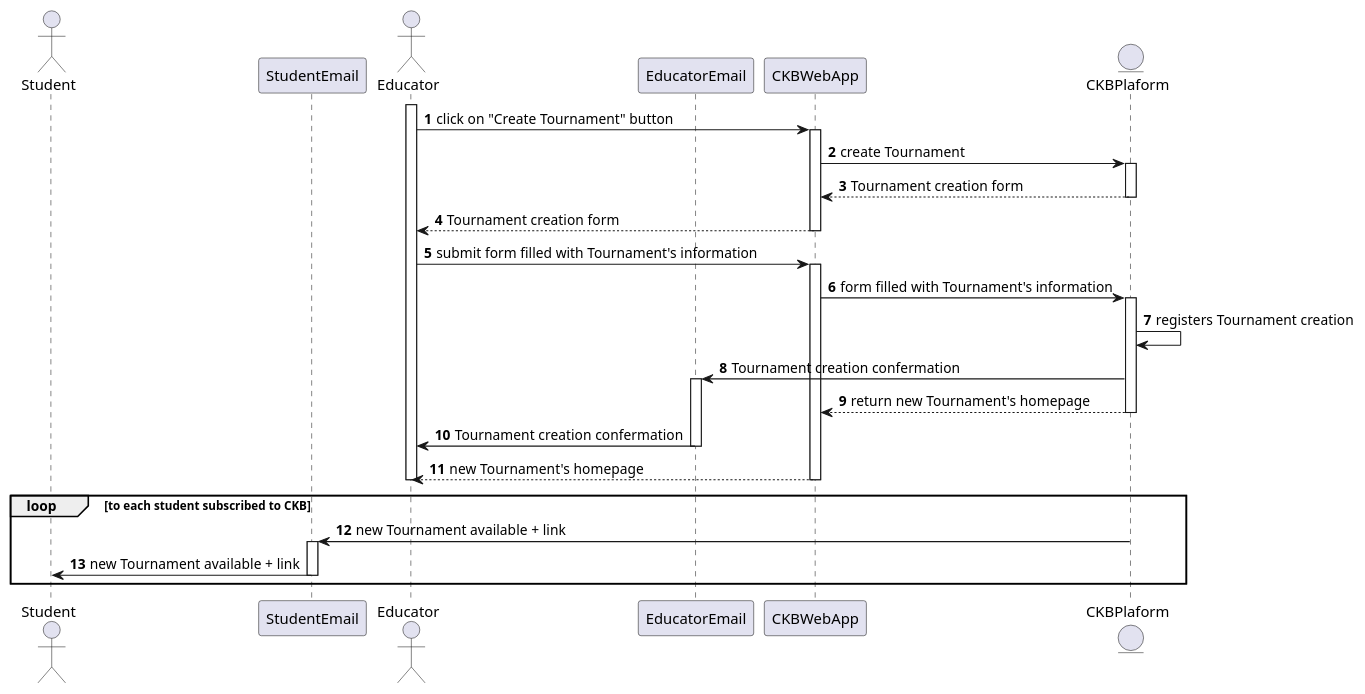
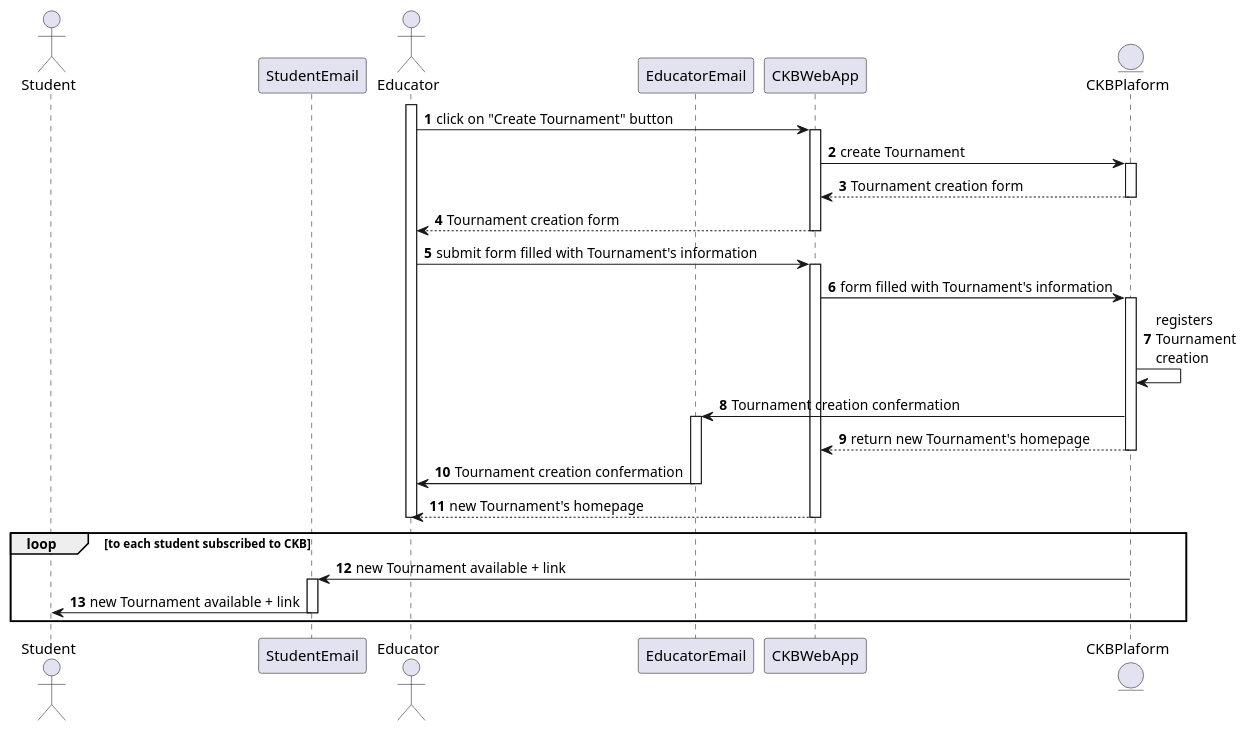
Before and after one commit to Angelo7672/SE2_Requirement-and-Design-Document: the diagram in _RASD/Images/UML/sequenceDiagram/sequenceDiagramUC5.wsd, drawn with PlantUML. The commit also changed 10 other files, not shown here.

```diff
--- a/_RASD/Images/UML/sequenceDiagram/sequenceDiagramUC5.wsd
+++ b/_RASD/Images/UML/sequenceDiagram/sequenceDiagramUC5.wsd
@@ -1,43 +1,43 @@
 @startuml
 
 autonumber
 
 actor Student
 participant StudentEmail
 actor Educator
 participant EducatorEmail as Email
 participant CKBWebApp as App
 entity CKBPlaform as Platform
 
 activate Educator
 Educator -> App: click on "Create Tournament" button
 activate App
 App -> Platform: create Tournament
 activate Platform
 Platform --> App: Tournament creation form
 deactivate Platform
 App --> Educator: Tournament creation form
 deactivate App
 Educator -> App: submit form filled with Tournament's information
 activate App
 App -> Platform: form filled with Tournament's information
 activate Platform
-Platform -> Platform: registers Tournament creation
+Platform -> Platform: registers \nTournament \ncreation
 Platform -> Email: Tournament creation confermation
 activate Email
 Platform --> App: return new Tournament's homepage
 deactivate Platform
 Email -> Educator: Tournament creation confermation
 deactivate Email
 App --> Educator: new Tournament's homepage
 deactivate App
 deactivate Educator
 
 loop to each student subscribed to CKB
     Platform -> StudentEmail: new Tournament available + link
     activate StudentEmail
     StudentEmail -> Student: new Tournament available + link
     deactivate StudentEmail
 end
 
 @enduml
```
